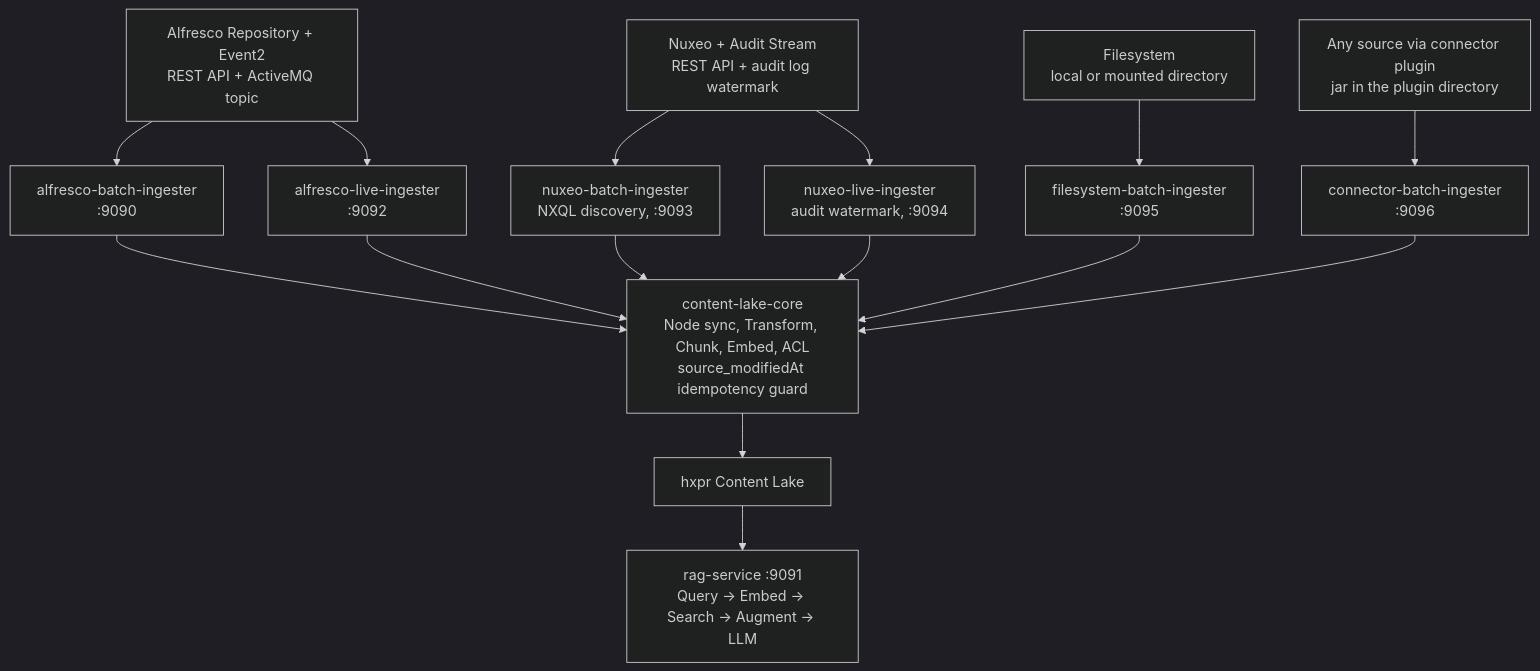
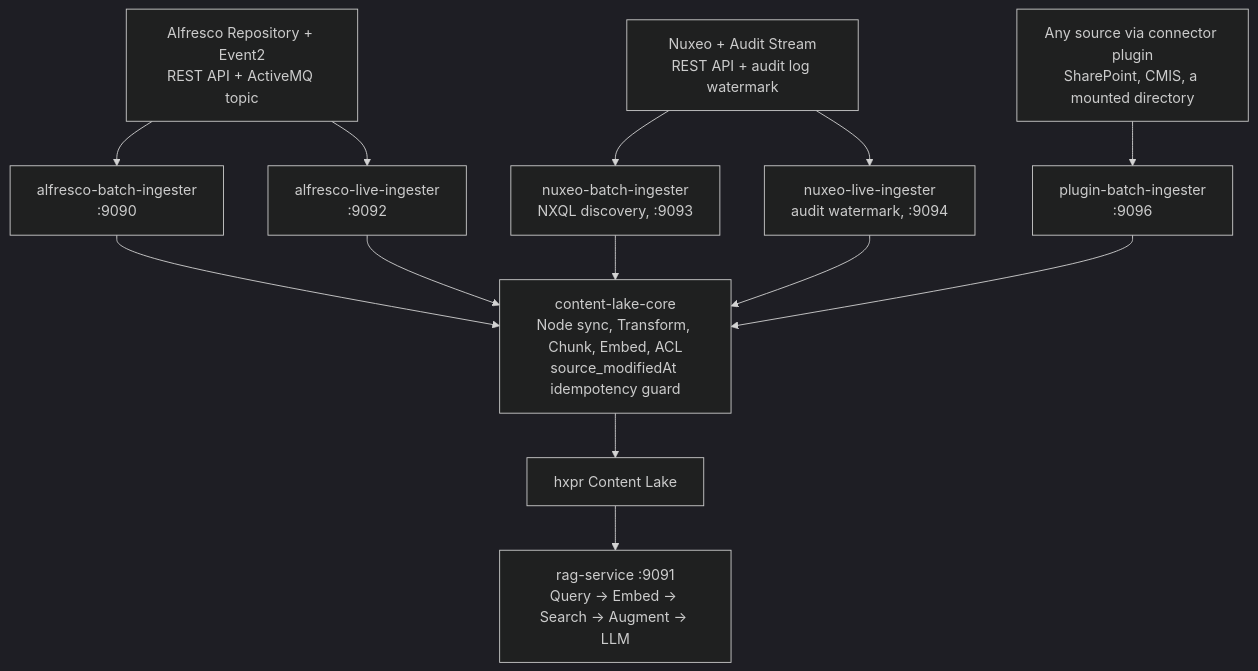
One commit to aborroy/content-lake-app changed the diagram in README.md. Above: the diagram before and after it, drawn with Mermaid (dark theme). The commit also changed other lines of this file and 85 other files, not shown here.

````diff
--- a/README.md
+++ b/README.md
@@ -64,35 +64,31 @@
 ```mermaid
 flowchart TD
     ALF["Alfresco Repository + Event2<br/>REST API + ActiveMQ topic"]
     NX["Nuxeo + Audit Stream<br/>REST API + audit log watermark"]
-    FS["Filesystem<br/>local or mounted directory"]
-    PLG["Any source via connector plugin<br/>jar in the plugin directory"]
+    PLG["Any source via connector plugin<br/>SharePoint, CMIS, a mounted directory"]
 
     ALFB["alfresco-batch-ingester<br/>:9090"]
     ALFL["alfresco-live-ingester<br/>:9092"]
     NXB["nuxeo-batch-ingester<br/>NXQL discovery, :9093"]
     NXL["nuxeo-live-ingester<br/>audit watermark, :9094"]
-    FSB["filesystem-batch-ingester<br/>:9095"]
-    CONB["connector-batch-ingester<br/>:9096"]
+    CONB["plugin-batch-ingester<br/>:9096"]
 
     CORE["content-lake-core<br/>Node sync, Transform, Chunk, Embed, ACL<br/>source_modifiedAt idempotency guard"]
     HXPR["hxpr Content Lake"]
     RAG["rag-service :9091<br/>Query -> Embed -> Search -> Augment -> LLM"]
 
     ALF --> ALFB
     ALF --> ALFL
     NX --> NXB
     NX --> NXL
-    FS --> FSB
     PLG --> CONB
 
     ALFB --> CORE
     ALFL --> CORE
     NXB --> CORE
     NXL --> CORE
-    FSB --> CORE
     CONB --> CORE
 
     CORE --> HXPR
     HXPR --> RAG
 ```
````
